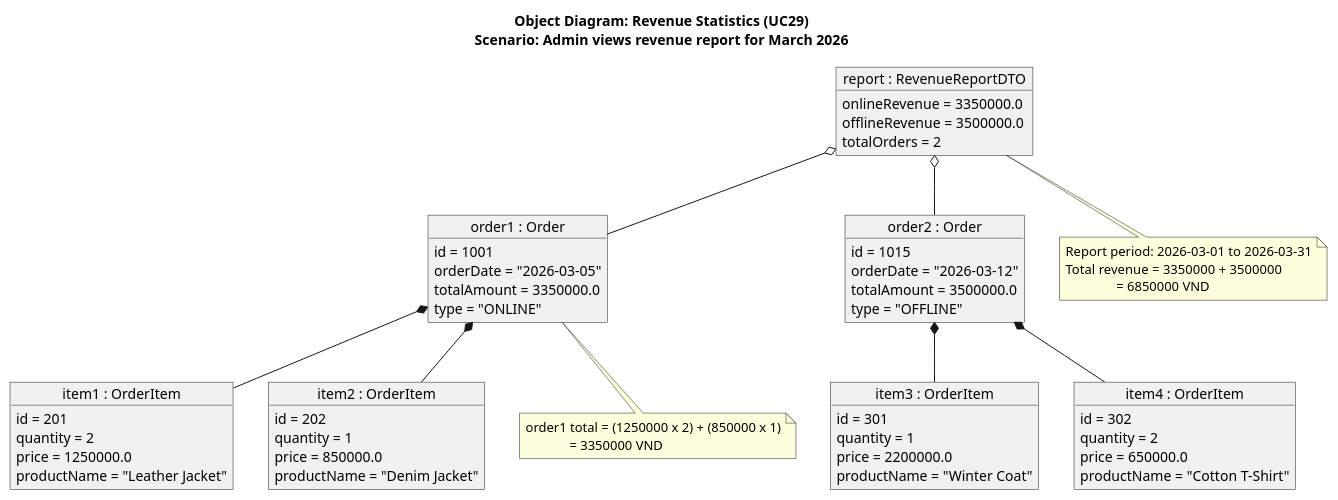
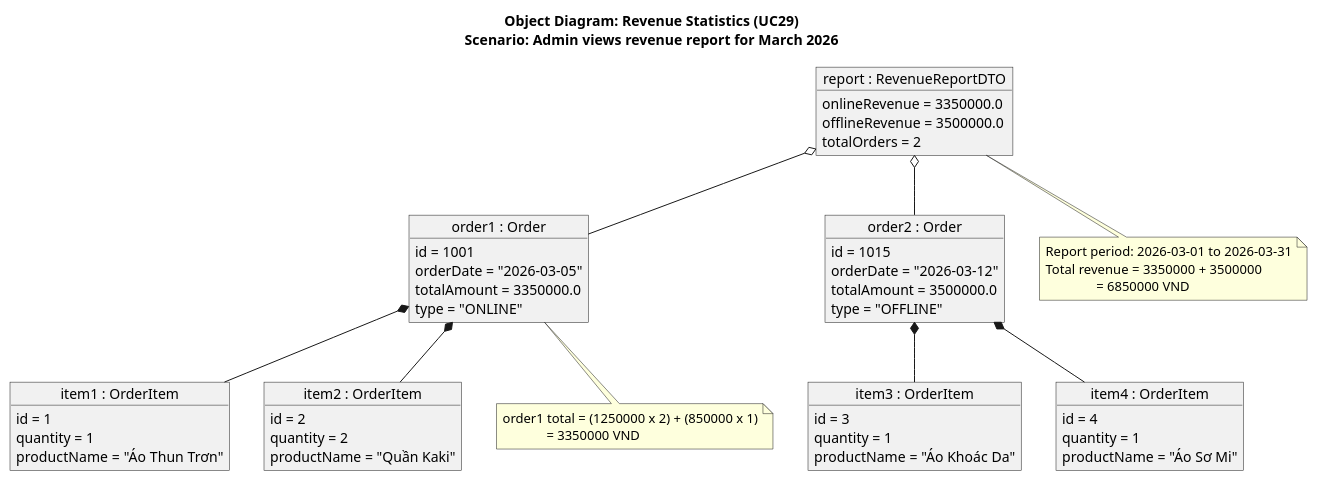
Before and after one commit to Peterdir/fashion-store-system: the diagram in src/main/java/org/example/fashionstoresystem/uml/Object/OD29_RevenueStatistics.puml, drawn with PlantUML. The commit also changed 13 other files, not shown here.

Commit message:
Update DTO and UML

```diff
--- a/src/main/java/org/example/fashionstoresystem/uml/Object/OD29_RevenueStatistics.puml
+++ b/src/main/java/org/example/fashionstoresystem/uml/Object/OD29_RevenueStatistics.puml
@@ -1,74 +1,70 @@
 @startuml
 title Object Diagram: Revenue Statistics (UC29)\nScenario: Admin views revenue report for March 2026
 
 ' DTO - Revenue report result
 object "report : RevenueReportDTO" as report {
     onlineRevenue = 3350000.0
     offlineRevenue = 3500000.0
     totalOrders = 2
 }
 
 ' Entity - Order 1 with items
 object "order1 : Order" as o1 {
     id = 1001
     orderDate = "2026-03-05"
     totalAmount = 3350000.0
     type = "ONLINE"
 }
 
 object "item1 : OrderItem" as i1 {
-    id = 201
-    quantity = 2
-    price = 1250000.0
-    productName = "Leather Jacket"
+    id = 1
+    quantity = 1
+    productName = "Áo Thun Trơn"
 }
 
 object "item2 : OrderItem" as i2 {
-    id = 202
-    quantity = 1
-    price = 850000.0
-    productName = "Denim Jacket"
+    id = 2
+    quantity = 2
+    productName = "Quần Kaki"
 }
 
 ' Entity - Order 2 with items
 object "order2 : Order" as o2 {
     id = 1015
     orderDate = "2026-03-12"
     totalAmount = 3500000.0
     type = "OFFLINE"
 }
 
 object "item3 : OrderItem" as i3 {
-    id = 301
+    id = 3
     quantity = 1
-    price = 2200000.0
-    productName = "Winter Coat"
+    productName = "Áo Khoác Da"
 }
 
 object "item4 : OrderItem" as i4 {
-    id = 302
-    quantity = 2
-    price = 650000.0
-    productName = "Cotton T-Shirt"
+    id = 4
+    quantity = 1
+    productName = "Áo Sơ Mi"
 }
 
 ' Structural relationships
 report o-- o1
 report o-- o2
 o1 *-- i1
 o1 *-- i2
 o2 *-- i3
 o2 *-- i4
 
 note bottom of report
     Report period: 2026-03-01 to 2026-03-31
     Total revenue = 3350000 + 3500000
                    = 6850000 VND
 end note
 
 note bottom of o1
     order1 total = (1250000 x 2) + (850000 x 1)
                  = 3350000 VND
 end note
 
 @enduml
```
